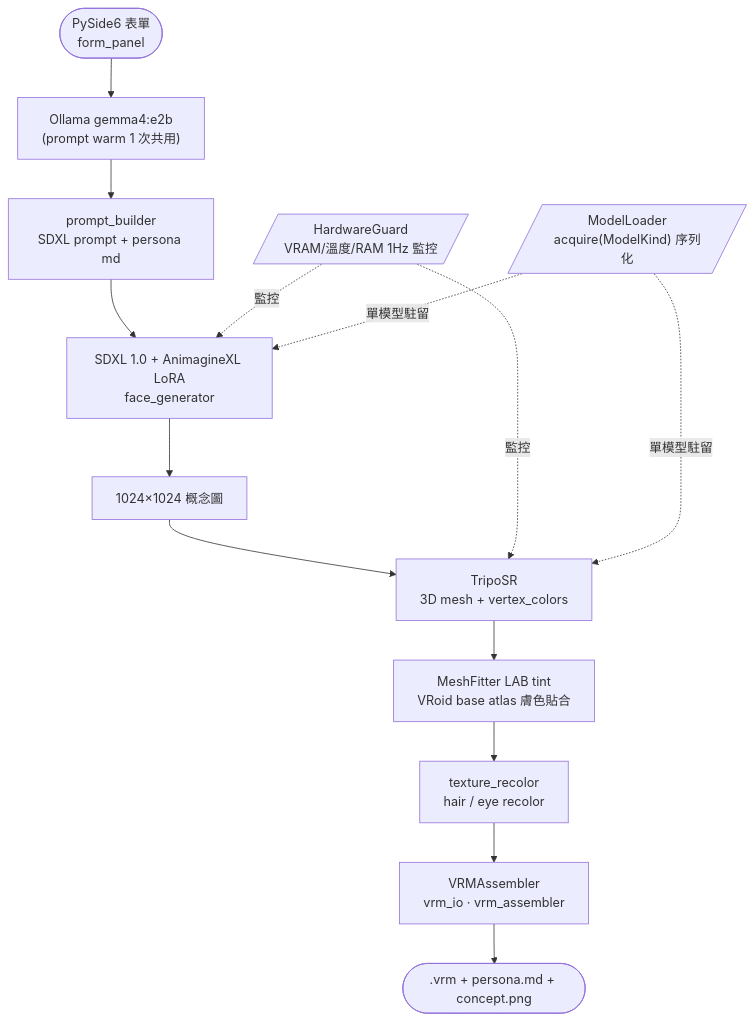
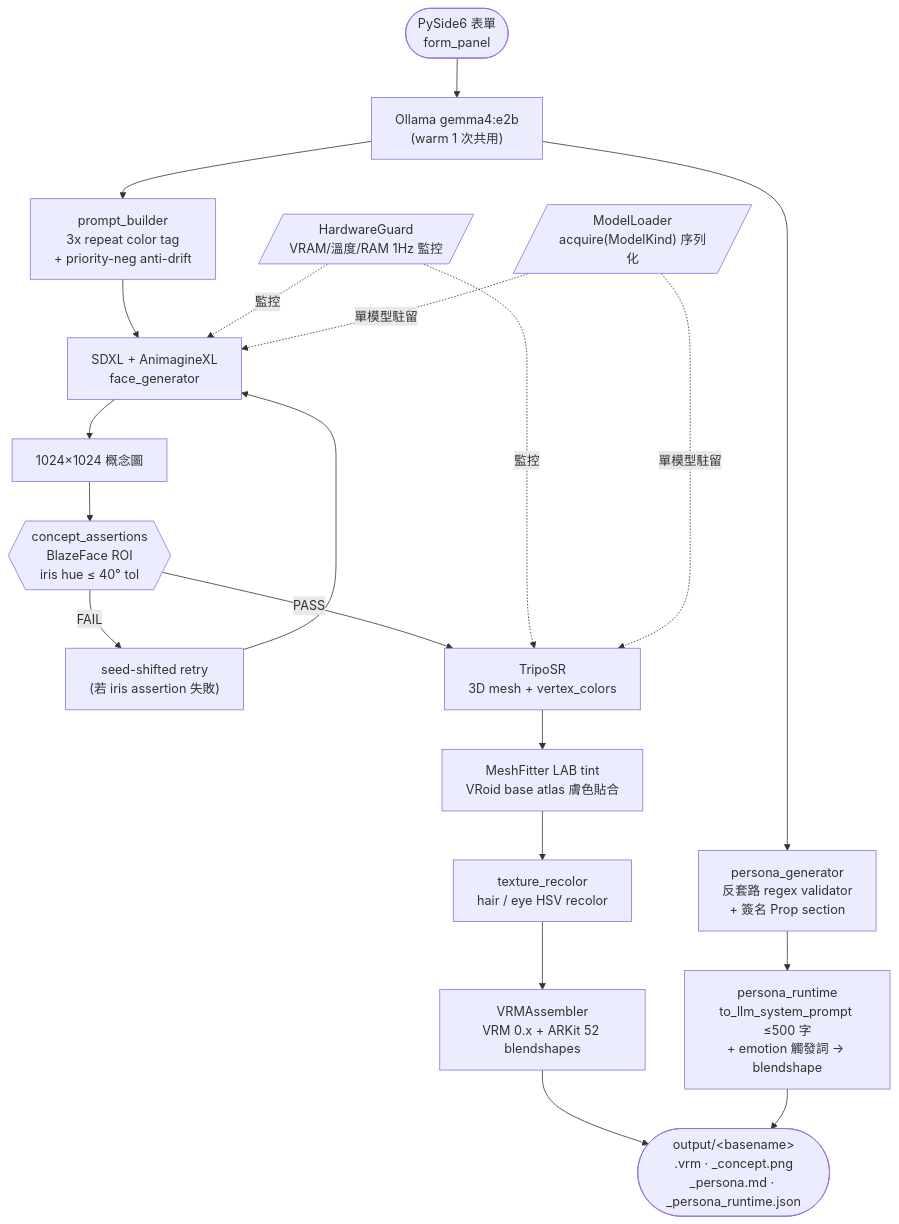
The diagram in README.md (techtrekleo/AutoVtuber), drawn with Mermaid before and after one commit. The commit also changed other lines of this file and 1 other file, not shown here.

First line of the commit message:
docs: sync README + architecture.md with MVP5 + 154 tests + 3-round audit

````diff
--- a/README.md
+++ b/README.md
@@ -20,22 +33,34 @@
 ```mermaid
 flowchart TD
   FORM(["PySide6 表單\nform_panel"])
-  OLLAMA["Ollama gemma4:e2b\n(prompt warm 1 次共用)"]
-  PROMPT["prompt_builder\nSDXL prompt + persona md"]
-  SDXL["SDXL 1.0 + AnimagineXL LoRA\nface_generator"]
+  OLLAMA["Ollama gemma4:e2b\n(warm 1 次共用)"]
+  PROMPT["prompt_builder\n3x repeat color tag\n+ priority-neg anti-drift"]
+  PERSONA["persona_generator\n反套路 regex validator\n+ 簽名 Prop section"]
+  SDXL["SDXL + AnimagineXL\nface_generator"]
   CONCEPT["1024×1024 概念圖"]
+  ASSERT{{"concept_assertions\nBlazeFace ROI\niris hue ≤ 40° tol"}}
+  RETRY["seed-shifted retry\n(若 iris assertion 失敗)"]
   TRIPO["TripoSR\n3D mesh + vertex_colors"]
   MESHFIT["MeshFitter LAB tint\nVRoid base atlas 膚色貼合"]
-  RECOLOR["texture_recolor\nhair / eye recolor"]
-  ASM["VRMAssembler\nvrm_io · vrm_assembler"]
-  VRM([".vrm + persona.md + concept.png"])
+  RECOLOR["texture_recolor\nhair / eye HSV recolor"]
+  ASM["VRMAssembler\nVRM 0.x + ARKit 52 blendshapes"]
+  RUNTIME["persona_runtime\nto_llm_system_prompt ≤500 字\n+ emotion 觸發詞 → blendshape"]
+  OUT(["output/&lt;basename&gt;\n.vrm · _concept.png\n_persona.md · _persona_runtime.json"])
   HW[/"HardwareGuard\nVRAM/溫度/RAM 1Hz 監控"/]
   ML[/"ModelLoader\nacquire(ModelKind) 序列化"/]
 
-  FORM --> OLLAMA --> PROMPT
-  PROMPT --> SDXL --> CONCEPT --> TRIPO --> MESHFIT --> RECOLOR --> ASM --> VRM
+  FORM --> OLLAMA
+  OLLAMA --> PROMPT
+  OLLAMA --> PERSONA
+  PERSONA --> RUNTIME
+  PROMPT --> SDXL --> CONCEPT
+  CONCEPT --> ASSERT
+  ASSERT -->|FAIL| RETRY --> SDXL
+  ASSERT -->|PASS| TRIPO
+  TRIPO --> MESHFIT --> RECOLOR --> ASM --> OUT
+  RUNTIME --> OUT
   HW -.監控.-> SDXL
   HW -.監控.-> TRIPO
   ML -.單模型駐留.-> SDXL
   ML -.單模型駐留.-> TRIPO
 ```
````
